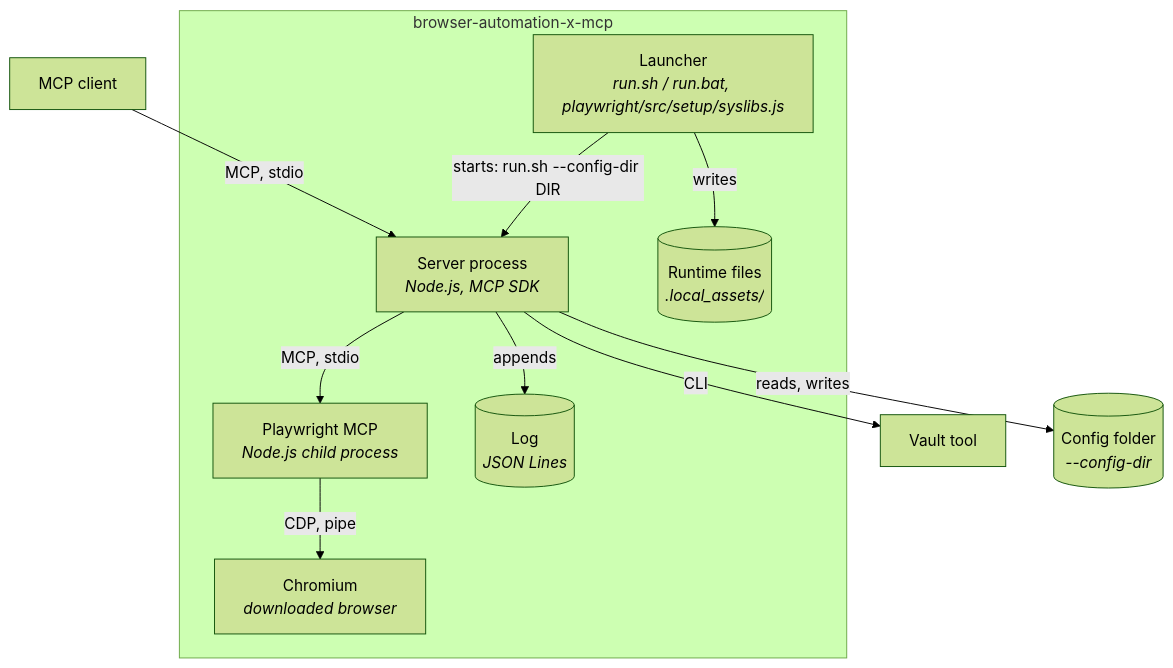
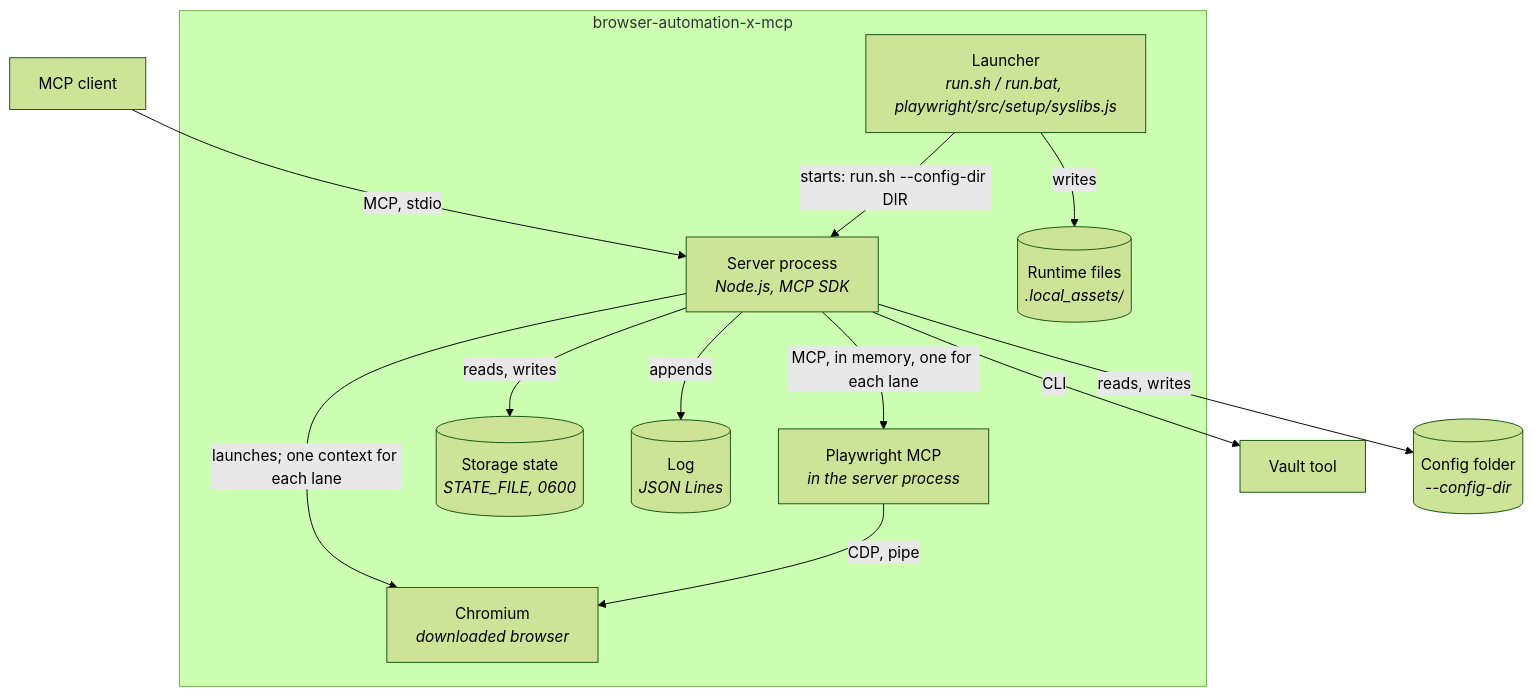
Before and after one commit to npstash/shared: the second of 7 diagrams in tools/browser-automation-x-mcp/sdd/DESIGN.md, drawn with Mermaid (forest theme). The commit also changed other lines of this file and 16 other files, not shown here.

Commit message:
browser-automation-x-mcp: lanes for parallel agents and sessions; Playwright MCP in process; logins in a storage-state file

````diff
--- a/tools/browser-automation-x-mcp/sdd/DESIGN.md
+++ b/tools/browser-automation-x-mcp/sdd/DESIGN.md
@@ -62,13 +63,15 @@
 ```mermaid
 flowchart TD
     C[MCP client] -->|MCP, stdio| F
     subgraph S[browser-automation-x-mcp]
         L[Launcher<br/><i>run.sh / run.bat, playwright/src/setup/syslibs.js</i>] -->|starts: run.sh --config-dir DIR| F[Server process<br/><i>Node.js, MCP SDK</i>]
-        F -->|MCP, stdio| M[Playwright MCP<br/><i>Node.js child process</i>]
-        M -->|CDP, pipe| B[Chromium<br/><i>downloaded browser</i>]
+        F -->|MCP, in memory, one for each lane| M[Playwright MCP<br/><i>in the server process</i>]
+        F -->|launches; one context for each lane| B[Chromium<br/><i>downloaded browser</i>]
+        M -->|CDP, pipe| B
+        F -->|reads, writes| ST[(Storage state<br/><i>STATE_FILE, 0600</i>)]
         F -->|appends| G[(Log<br/><i>JSON Lines</i>)]
         L -->|writes| R[(Runtime files<br/><i>.local_assets/</i>)]
     end
     F -->|CLI| V[Vault tool]
     F -->|reads, writes| K[(Config folder<br/><i>--config-dir</i>)]
 ```
````
